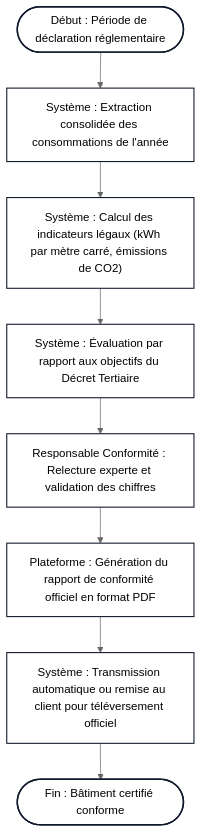
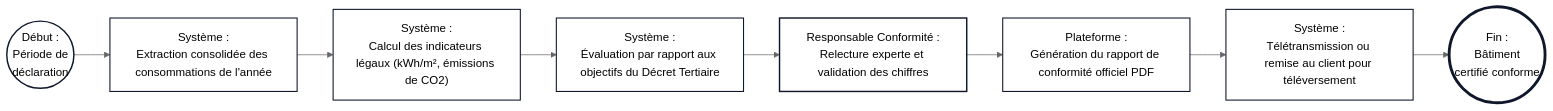
Before and after one commit to spirit0621/Master-1-SI: the third of 4 diagrams in Matière/Matiere Architecture SI/TP/Cours 2 TP Achitecture Métier/RAPPORT_ARCHI_BUSINESS_GREENBREIZH.md, drawn with Mermaid (neutral theme). The commit also changed other lines of this file and 19 other files, not shown here.

````diff
--- a/Matière/Matiere Architecture SI/TP/Cours 2 TP Achitecture Métier/RAPPORT_ARCHI_BUSINESS_GREENBREIZH.md
+++ b/Matière/Matiere Architecture SI/TP/Cours 2 TP Achitecture Métier/RAPPORT_ARCHI_BUSINESS_GREENBREIZH.md
@@ -119,14 +120,15 @@
 ```mermaid
-flowchart TD
-    Start3(["Début : Période de déclaration réglementaire"]) --> Recup["Système : Extraction consolidée des consommations de l'année"]
-    Recup --> Calcul["Système : Calcul des indicateurs légaux (kWh par mètre carré, émissions de CO2)"]
-    Calcul --> Comparaison["Système : Évaluation par rapport aux objectifs du Décret Tertiaire"]
-    Comparaison --> Verif["Responsable Conformité : Relecture experte et validation des chiffres"]
-    Verif --> Edition["Plateforme : Génération du rapport de conformité officiel en format PDF"]
-    Edition --> Teletrans["Système : Transmission automatique ou remise au client pour téléversement officiel"]
-    Teletrans --> End3(["Fin : Bâtiment certifié conforme"])
+flowchart LR
+    p3_start(("Début :<br>Période de<br>déclaration")) --> p3_task1["Système :<br>Extraction consolidée des consommations de l'année"]
+    p3_task1 --> p3_task2["Système :<br>Calcul des indicateurs légaux (kWh/m², émissions de CO2)"]
+    p3_task2 --> p3_task3["Système :<br>Évaluation par rapport aux objectifs du Décret Tertiaire"]
+    p3_task3 --> p3_task4["Responsable Conformité :<br>Relecture experte et validation des chiffres"]
+    p3_task4 --> p3_task5["Plateforme :<br>Génération du rapport de conformité officiel PDF"]
+    p3_task5 --> p3_task6["Système :<br>Télétransmission ou remise au client pour téléversement"]
+    p3_task6 --> p3_end(("Fin :<br>Bâtiment<br>certifié conforme"))
 
     classDef default fill:#ffffff,stroke:#0f172a,stroke-width:1.5px,color:#000000;
-    style Start3 fill:#ffffff,stroke:#0f172a,stroke-width:2px,color:#000000
-    style End3 fill:#ffffff,stroke:#0f172a,stroke-width:2px,color:#000000
+    style p3_start fill:#ffffff,stroke:#0f172a,stroke-width:2px,color:#000000
+    style p3_task4 fill:#ffffff,stroke:#0f172a,stroke-width:2px,color:#000000
+    style p3_end fill:#ffffff,stroke:#0f172a,stroke-width:4px,color:#000000
 ```
````
